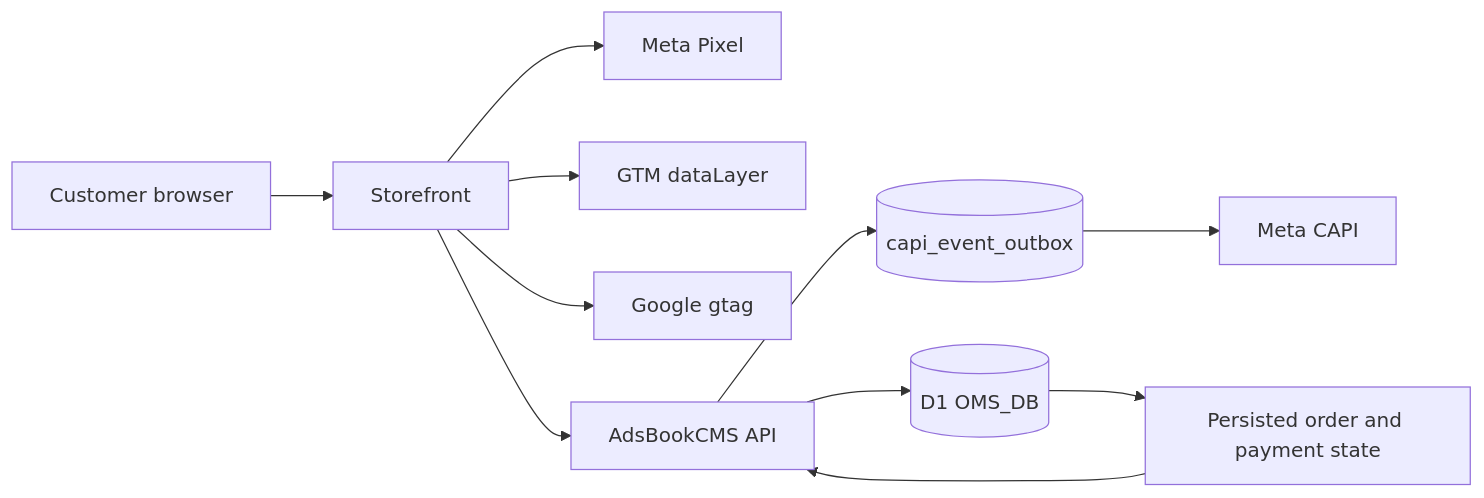
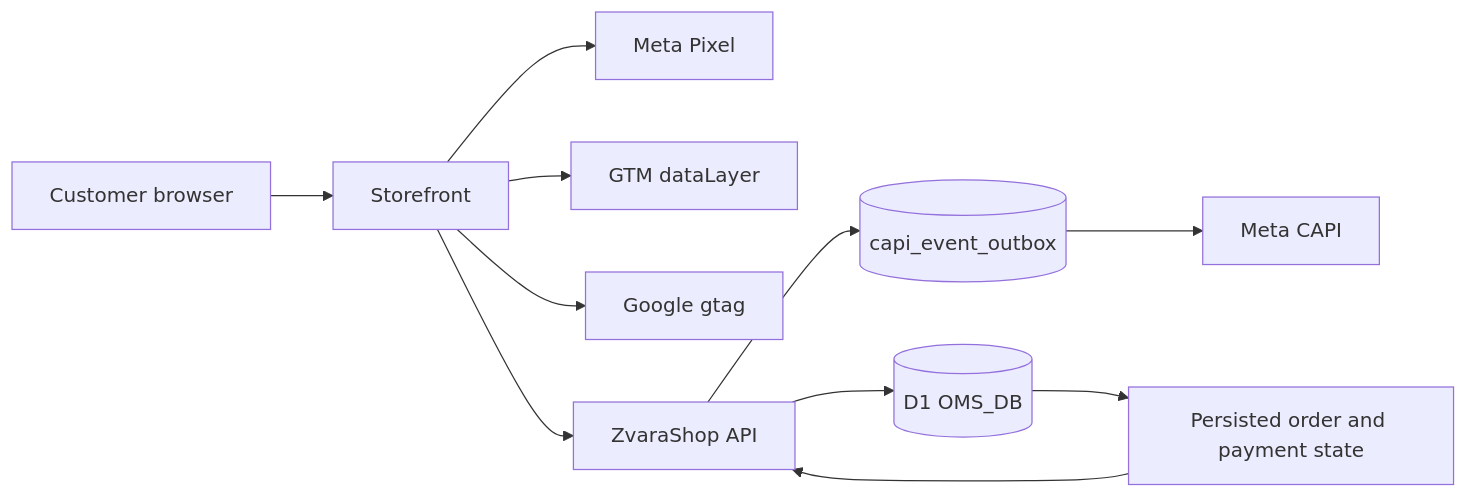
The diagram in TRACKING_SPECS.md (ongkipro/zvarashop), drawn with Mermaid before and after one commit. The commit also changed other lines of this file and 87 other files, not shown here.

````diff
--- a/TRACKING_SPECS.md
+++ b/TRACKING_SPECS.md
@@ -11,13 +17,13 @@
 ```mermaid
 flowchart LR
     U[Customer browser] --> F[Storefront]
     F --> PX[Meta Pixel]
     F --> GTM[GTM dataLayer]
     F --> GA[Google gtag]
-    F --> API[AdsBookCMS API]
+    F --> API[ZvaraShop API]
     API --> OB[(capi_event_outbox)]
     OB --> CAPI[Meta CAPI]
     API --> D1[(D1 OMS_DB)]
     D1 --> O[Persisted order and payment state]
     O --> API
 ```
````
